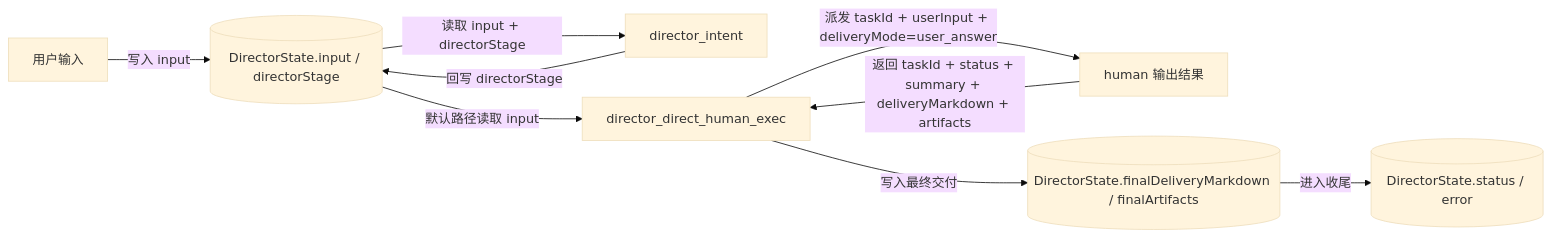
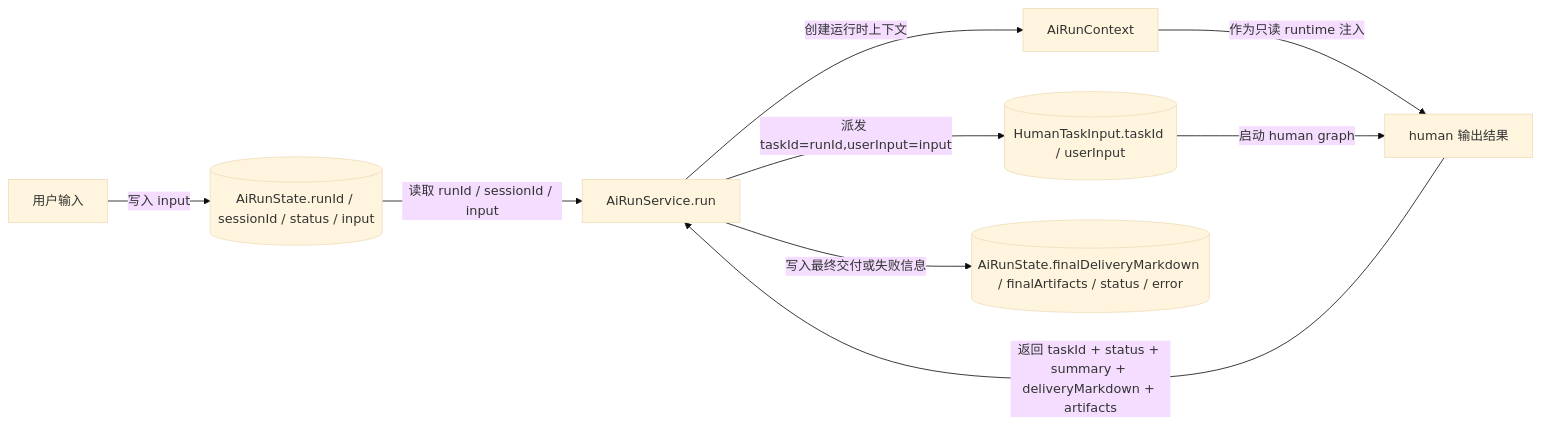
Before and after one commit to Yoan98/Ncurator: the first of 5 diagrams in doc/ai-design/data-definition-and-flow.md, drawn with Mermaid (base theme). The commit also changed other lines of this file and 61 other files, not shown here.

````diff
--- a/doc/ai-design/data-definition-and-flow.md
+++ b/doc/ai-design/data-definition-and-flow.md
@@ -820,19 +839,19 @@
 ```mermaid
 flowchart LR
     U["用户输入"]
-    S1[("DirectorState.input / directorStage")]
-    MI["director_intent"]
-    MD["director_direct_human_exec"]
-    H["human 输出结果"]
-    S2[("DirectorState.finalDeliveryMarkdown / finalArtifacts")]
-    S3[("DirectorState.status / error")]
+    S1[("AiRunState.runId / sessionId / status / input")]
+    R["AiRunService.run"]
+    C["AiRunContext"]
+    H1[("HumanTaskInput.taskId / userInput")]
+    H2["human 输出结果"]
+    S2[("AiRunState.finalDeliveryMarkdown / finalArtifacts / status / error")]
 
     U -->|写入 input| S1
-    S1 -->|读取 input + directorStage| MI
-    MI -->|回写 directorStage| S1
-    S1 -->|默认路径读取 input| MD
-    MD -->|派发 taskId + userInput + deliveryMode=user_answer| H
-    H -->|返回 taskId + status + summary + deliveryMarkdown + artifacts| MD
-    MD -->|写入最终交付| S2
-    S2 -->|进入收尾| S3
+    S1 -->|读取 runId / sessionId / input| R
+    R -->|创建运行时上下文| C
+    R -->|派发 taskId=runId,userInput=input| H1
+    C -->|作为只读 runtime 注入| H2
+    H1 -->|启动 human graph| H2
+    H2 -->|返回 taskId + status + summary + deliveryMarkdown + artifacts| R
+    R -->|写入最终交付或失败信息| S2
 ```
````
